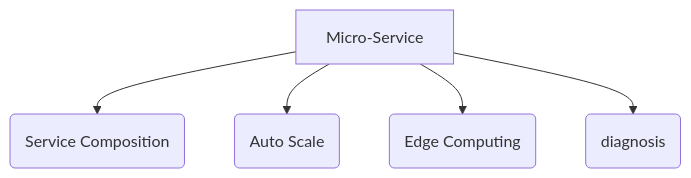
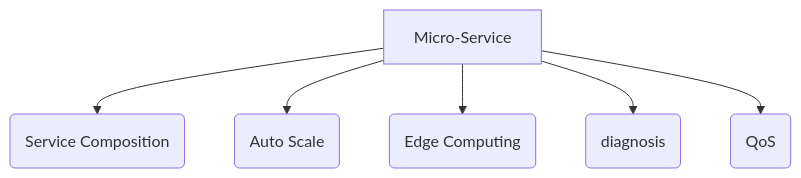
The diagram in _posts/2019-08-20-Plan.md (GuodongFan/GuodongFan.github.io), drawn with Mermaid before and after one commit.

```diff
--- a/_posts/2019-08-20-Plan.md
+++ b/_posts/2019-08-20-Plan.md
@@ -9,8 +9,9 @@
 <div class="mermaid">
 graph TD; 
 
-A[Micro-Service] --> B(Service Composition);
-A --> C(Auto Scale);
-A --> D(Edge Computing);
+A[Micro-Service] --> B(Service Composition)
+A --> C(Auto Scale)
+A --> D(Edge Computing)
 A --> E(diagnosis)
+A --> F(QoS)
 </div>
```
